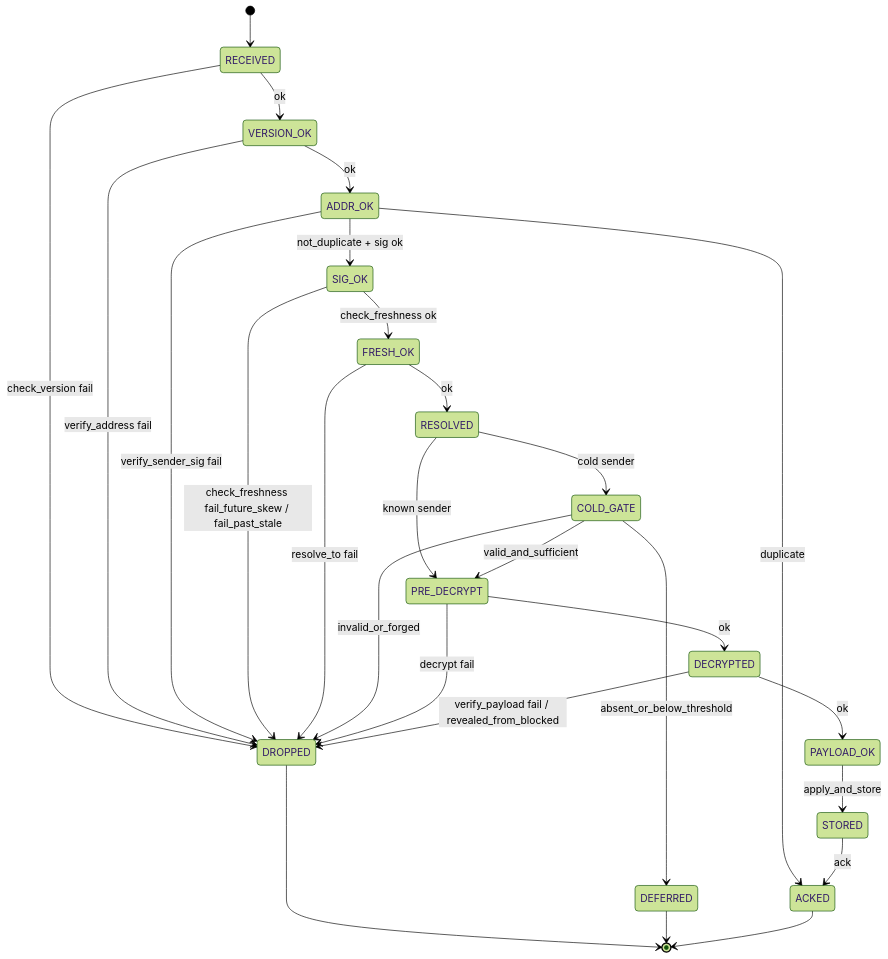
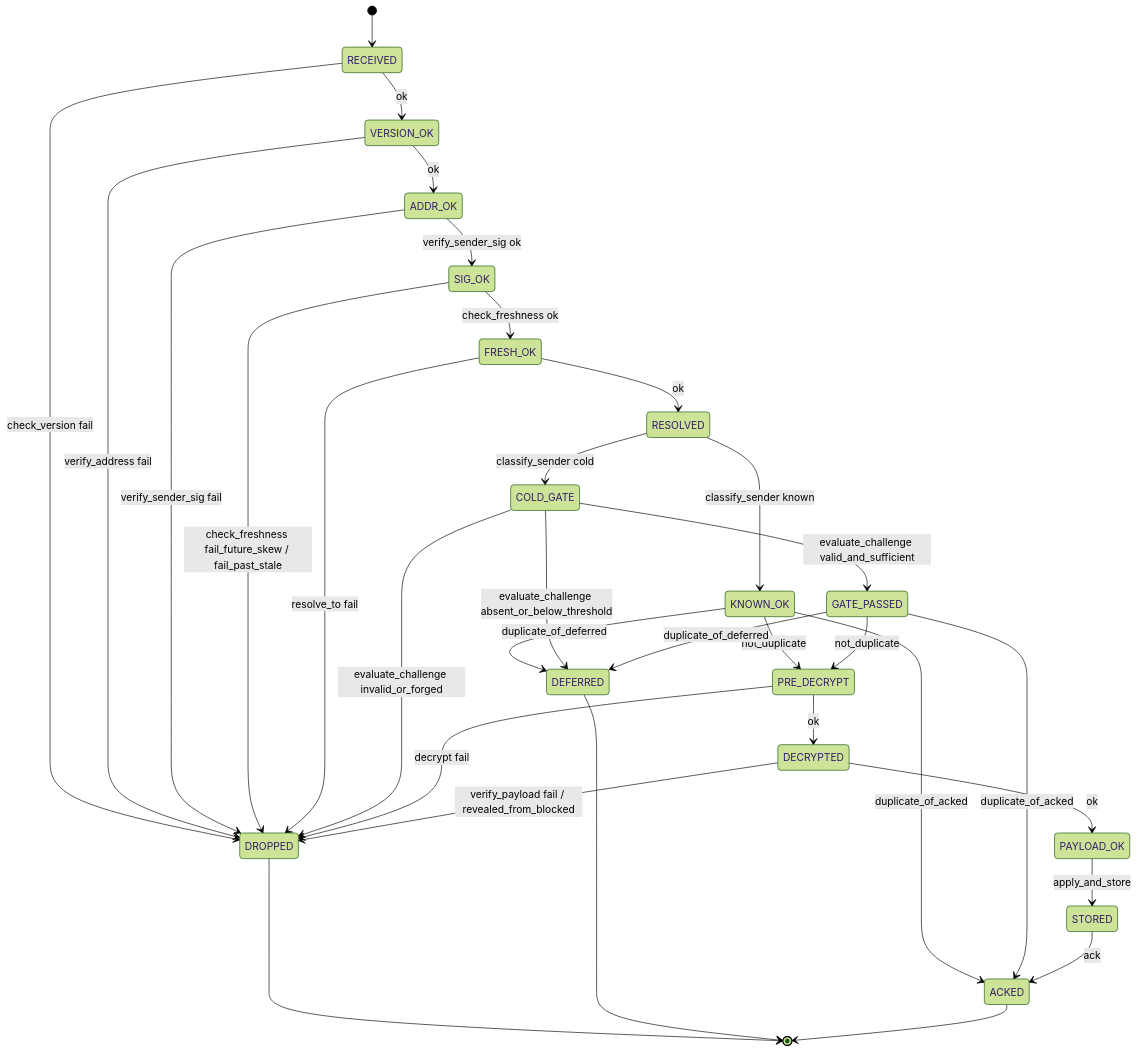
The second of 9 diagrams in 20-state-machines.md (vul-os/kotva), drawn with Mermaid (forest theme) before and after one commit. The commit also changed other lines of this file, not shown here.

````diff
--- a/20-state-machines.md
+++ b/20-state-machines.md
@@ -240,29 +240,34 @@
 ```mermaid
 stateDiagram-v2
   [*] --> RECEIVED
   RECEIVED --> DROPPED : check_version fail
   RECEIVED --> VERSION_OK : ok
   VERSION_OK --> DROPPED : verify_address fail
   VERSION_OK --> ADDR_OK : ok
-  ADDR_OK --> ACKED : duplicate
   ADDR_OK --> DROPPED : verify_sender_sig fail
-  ADDR_OK --> SIG_OK : not_duplicate + sig ok
+  ADDR_OK --> SIG_OK : verify_sender_sig ok
   SIG_OK --> DROPPED : check_freshness fail_future_skew / fail_past_stale
   SIG_OK --> FRESH_OK : check_freshness ok
   FRESH_OK --> DROPPED : resolve_to fail
   FRESH_OK --> RESOLVED : ok
-  RESOLVED --> PRE_DECRYPT : known sender
-  RESOLVED --> COLD_GATE : cold sender
-  COLD_GATE --> DROPPED : invalid_or_forged
-  COLD_GATE --> DEFERRED : absent_or_below_threshold
-  COLD_GATE --> PRE_DECRYPT : valid_and_sufficient
+  RESOLVED --> KNOWN_OK : classify_sender known
+  RESOLVED --> COLD_GATE : classify_sender cold
+  KNOWN_OK --> ACKED : duplicate_of_acked
+  KNOWN_OK --> DEFERRED : duplicate_of_deferred
+  KNOWN_OK --> PRE_DECRYPT : not_duplicate
+  COLD_GATE --> DROPPED : evaluate_challenge invalid_or_forged
+  COLD_GATE --> DEFERRED : evaluate_challenge absent_or_below_threshold
+  COLD_GATE --> GATE_PASSED : evaluate_challenge valid_and_sufficient
+  GATE_PASSED --> ACKED : duplicate_of_acked
+  GATE_PASSED --> DEFERRED : duplicate_of_deferred
+  GATE_PASSED --> PRE_DECRYPT : not_duplicate
   PRE_DECRYPT --> DROPPED : decrypt fail
   PRE_DECRYPT --> DECRYPTED : ok
   DECRYPTED --> DROPPED : verify_payload fail / revealed_from_blocked
   DECRYPTED --> PAYLOAD_OK : ok
   PAYLOAD_OK --> STORED : apply_and_store
   STORED --> ACKED : ack
   DROPPED --> [*]
   DEFERRED --> [*]
   ACKED --> [*]
 ```
````
